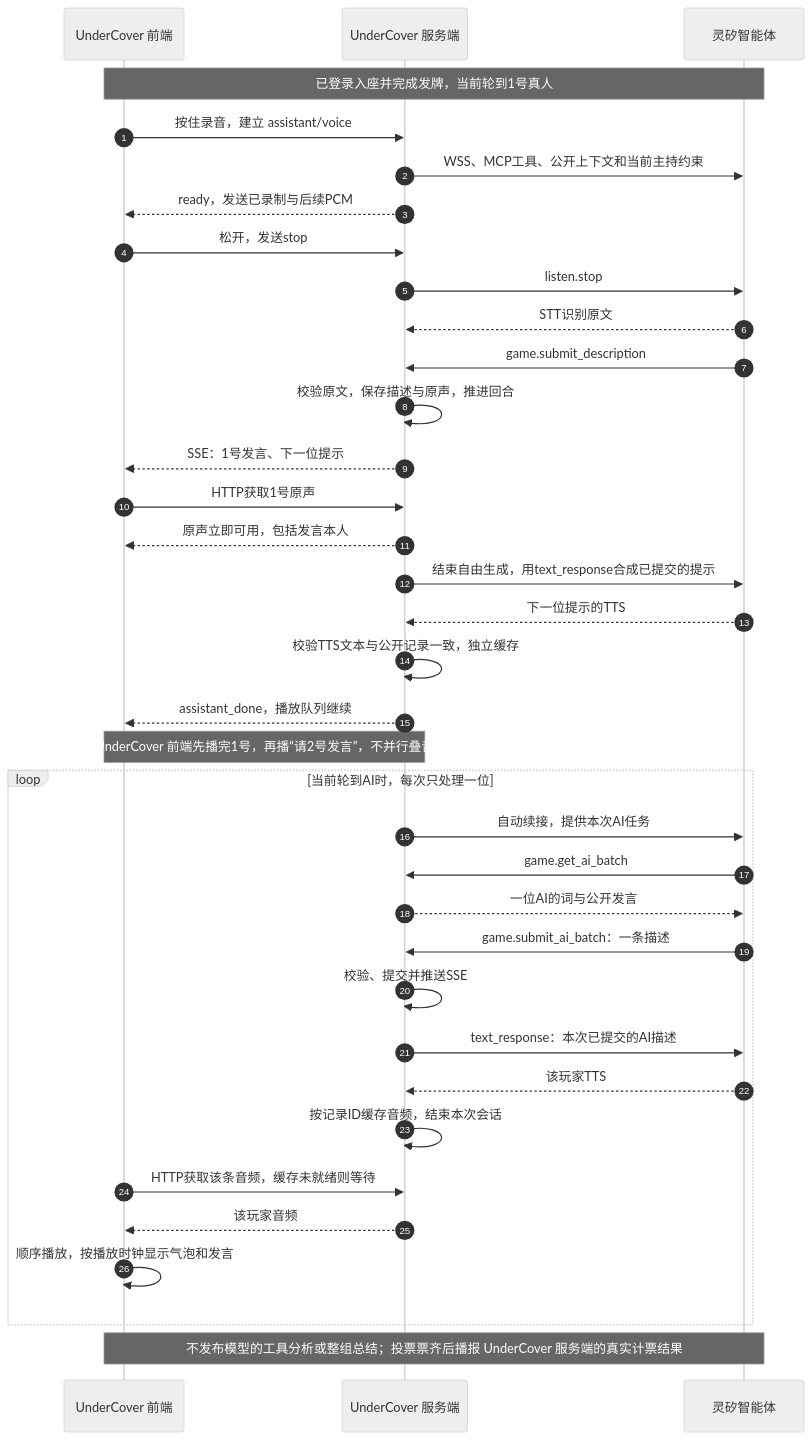
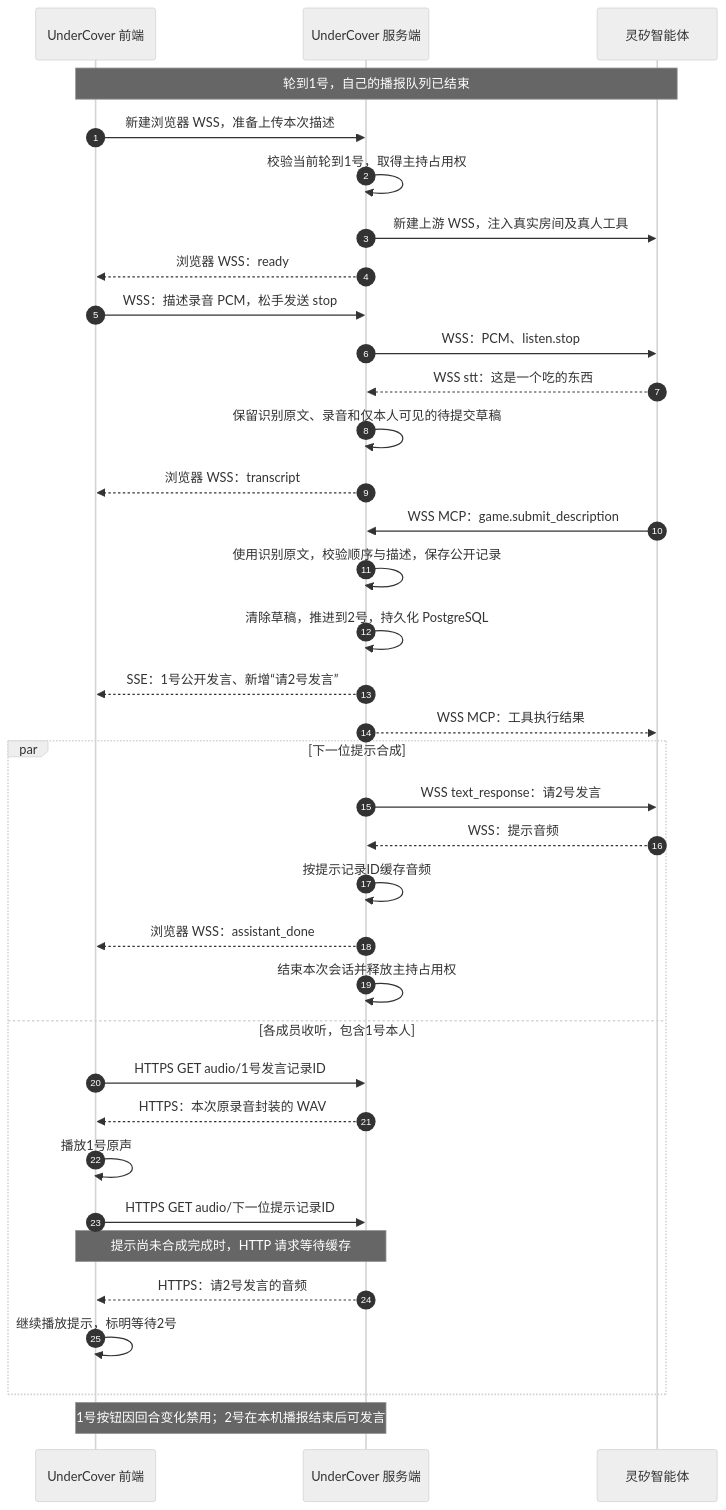
One commit to go-wyvern/undercover changed the third of 6 diagrams in docs/architecture.md. Above: the diagram before and after it, drawn with Mermaid (neutral theme). The commit also changed other lines of this file and 6 other files, not shown here.

First line of the commit message:
Add sequence and flow diagrams for UnderCover game mechanics

````diff
--- a/docs/architecture.md
+++ b/docs/architecture.md
@@ -21,38 +177,38 @@
 ```mermaid
 sequenceDiagram
     autonumber
     participant F as UnderCover 前端
-    participant G as UnderCover 服务端
+    participant S as UnderCover 服务端
     participant L as 灵矽智能体
-    Note over F,L: 已登录入座并完成发牌，当前轮到1号真人
-    F->>G: 按住录音，建立 assistant/voice
-    G->>L: WSS、MCP工具、公开上下文和当前主持约束
-    G-->>F: ready，发送已录制与后续PCM
-    F->>G: 松开，发送stop
-    G->>L: listen.stop
-    L-->>G: STT识别原文
-    L->>G: game.submit_description
-    G->>G: 校验原文，保存描述与原声，推进回合
-    G-->>F: SSE：1号发言、下一位提示
-    F->>G: HTTP获取1号原声
-    G-->>F: 原声立即可用，包括发言本人
-    G->>L: 结束自由生成，用text_response合成已提交的提示
-    L-->>G: 下一位提示的TTS
-    G->>G: 校验TTS文本与公开记录一致，独立缓存
-    G-->>F: assistant_done，播放队列继续
-    Note over F,G: UnderCover 前端先播完1号，再播“请2号发言”，不并行叠音
-    loop 当前轮到AI时，每次只处理一位
-        G->>L: 自动续接，提供本次AI任务
-        L->>G: game.get_ai_batch
-        G-->>L: 一位AI的词与公开发言
-        L->>G: game.submit_ai_batch：一条描述
-        G->>G: 校验、提交并推送SSE
-        G->>L: text_response：本次已提交的AI描述
-        L-->>G: 该玩家TTS
-        G->>G: 按记录ID缓存音频，结束本次会话
-        F->>G: HTTP获取该条音频，缓存未就绪则等待
-        G-->>F: 该玩家音频
-        F->>F: 顺序播放，按播放时钟显示气泡和发言
+    Note over F,L: 轮到1号，自己的播报队列已结束
+    F->>S: 新建浏览器 WSS，准备上传本次描述
+    S->>S: 校验当前轮到1号，取得主持占用权
+    S->>L: 新建上游 WSS，注入真实房间及真人工具
+    S-->>F: 浏览器 WSS：ready
+    F->>S: WSS：描述录音 PCM，松手发送 stop
+    S->>L: WSS：PCM、listen.stop
+    L-->>S: WSS stt：这是一个吃的东西
+    S->>S: 保留识别原文、录音和仅本人可见的待提交草稿
+    S-->>F: 浏览器 WSS：transcript
+    L->>S: WSS MCP：game.submit_description
+    S->>S: 使用识别原文，校验顺序与描述，保存公开记录
+    S->>S: 清除草稿，推进到2号，持久化 PostgreSQL
+    S-->>F: SSE：1号公开发言、新增“请2号发言”
+    S-->>L: WSS MCP：工具执行结果
+    par 下一位提示合成
+        S->>L: WSS text_response：请2号发言
+        L-->>S: WSS：提示音频
+        S->>S: 按提示记录ID缓存音频
+        S-->>F: 浏览器 WSS：assistant_done
+        S->>S: 结束本次会话并释放主持占用权
+    and 各成员收听，包含1号本人
+        F->>S: HTTPS GET audio/1号发言记录ID
+        S-->>F: HTTPS：本次原录音封装的 WAV
+        F->>F: 播放1号原声
+        F->>S: HTTPS GET audio/下一位提示记录ID
+        Note over F,S: 提示尚未合成完成时，HTTP 请求等待缓存
+        S-->>F: HTTPS：请2号发言的音频
+        F->>F: 继续播放提示，标明等待2号
     end
-    Note over F,L: 不发布模型的工具分析或整组总结；投票票齐后播报 UnderCover 服务端的真实计票结果
+    Note over F,S: 1号按钮因回合变化禁用；2号在本机播报结束后可发言
 ```
````
